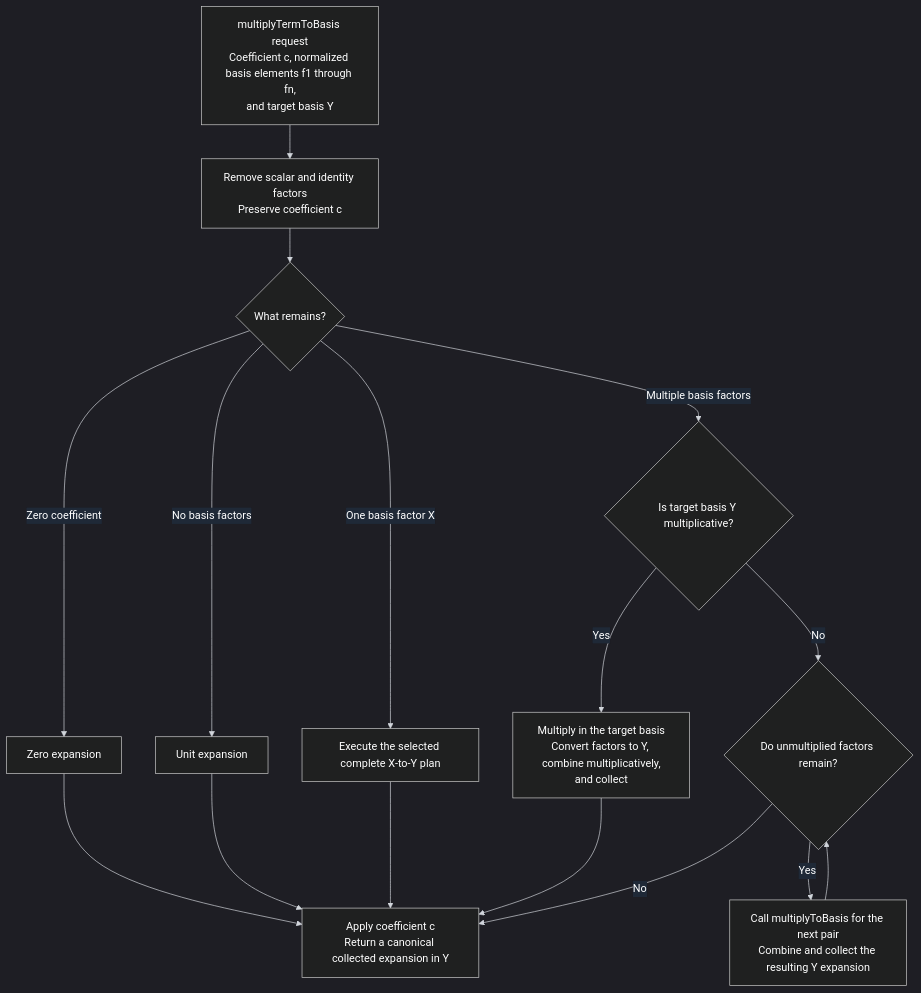
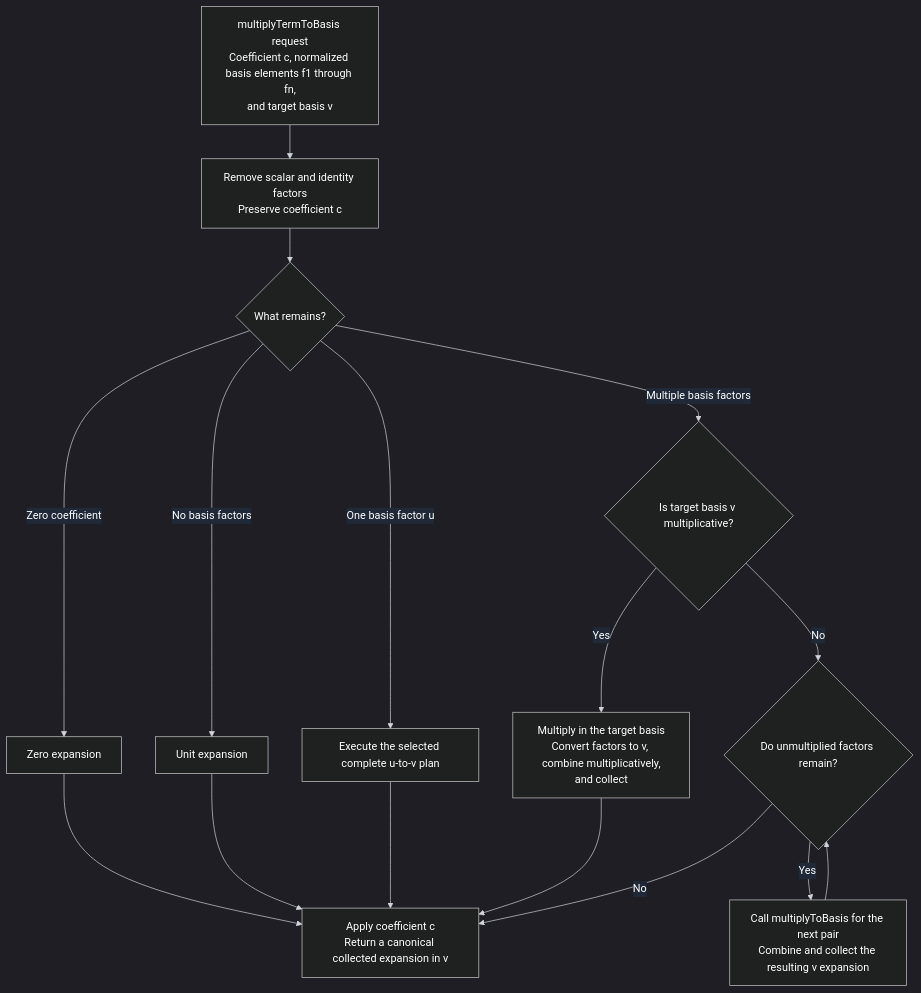
One commit to j-graf/M2 changed the second of 4 diagrams in M2/Macaulay2/e/symmetric-rings/TODO-pipelines.md. Above: the diagram before and after it, drawn with Mermaid. The commit also changed other lines of this file and 12 other files, not shown here.

````diff
--- a/M2/Macaulay2/e/symmetric-rings/TODO-pipelines.md
+++ b/M2/Macaulay2/e/symmetric-rings/TODO-pipelines.md
@@ -996,31 +995,31 @@
 ```mermaid
 %%{init: {"theme": "dark", "themeVariables": {"background": "#111827", "primaryColor": "#1f2937", "primaryTextColor": "#ffffff", "primaryBorderColor": "#9ca3af", "secondaryColor": "#1f2937", "secondaryTextColor": "#ffffff", "tertiaryColor": "#1f2937", "tertiaryTextColor": "#ffffff", "lineColor": "#d1d5db", "textColor": "#ffffff", "nodeTextColor": "#ffffff", "edgeLabelBackground": "#1f2937"}}}%%
 flowchart TD
-    A["multiplyTermToBasis request<br/>Coefficient c, normalized basis elements f1 through fn,<br/>and target basis Y"]
+    A["multiplyTermToBasis request<br/>Coefficient c, normalized basis elements f1 through fn,<br/>and target basis v"]
 
     A --> B["Remove scalar and identity factors<br/>Preserve coefficient c"]
 
     B --> C{"What remains?"}
 
     C -->|"Zero coefficient"| Z["Zero expansion"]
 
     C -->|"No basis factors"| S["Unit expansion"]
 
-    C -->|"One basis factor X"| O["Execute the selected complete X-to-Y plan"]
+    C -->|"One basis factor u"| O["Execute the selected complete u-to-v plan"]
 
-    C -->|"Multiple basis factors"| D{"Is target basis Y multiplicative?"}
+    C -->|"Multiple basis factors"| D{"Is target basis v multiplicative?"}
 
-    D -->|"Yes"| E["Multiply in the target basis<br/>Convert factors to Y, combine multiplicatively,<br/>and collect"]
+    D -->|"Yes"| E["Multiply in the target basis<br/>Convert factors to v, combine multiplicatively,<br/>and collect"]
 
     D -->|"No"| H{"Do unmultiplied factors remain?"}
 
-    H -->|"Yes"| I["Call multiplyToBasis for the next pair<br/>Combine and collect the resulting Y expansion"]
+    H -->|"Yes"| I["Call multiplyToBasis for the next pair<br/>Combine and collect the resulting v expansion"]
 
     I --> H
 
-    Z --> R["Apply coefficient c<br/>Return a canonical collected expansion in Y"]
+    Z --> R["Apply coefficient c<br/>Return a canonical collected expansion in v"]
     S --> R
     O --> R
     E --> R
     H -->|"No"| R
 ```
````
